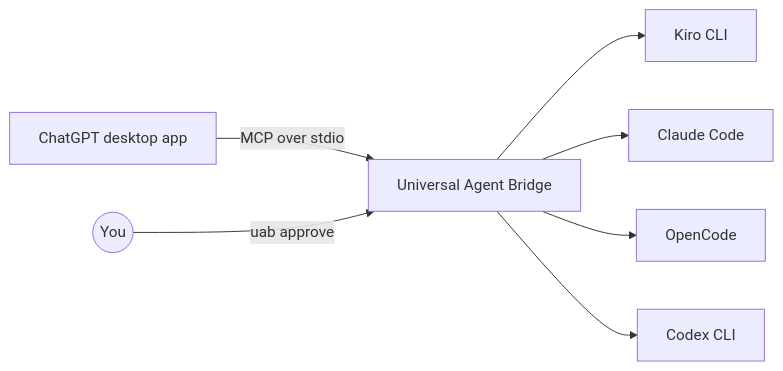
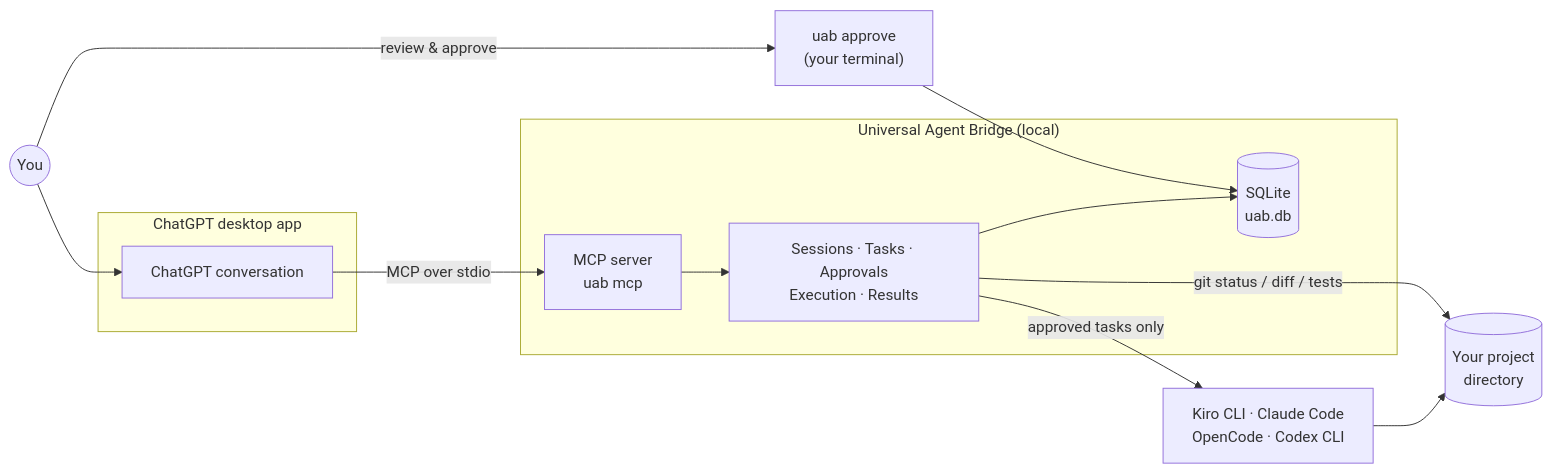
The diagram in README.md (muhamed-shahid/universal-agent-bridge), drawn with Mermaid before and after one commit. The commit also changed other lines of this file and 60 other files, not shown here.

Commit message:
feat: complete UAB 0.1.0 (phases 4-12): Kiro/Claude/OpenCode/Codex execution, approvals, execution manager, MCP server, hardening, docs

````diff
--- a/README.md
+++ b/README.md
@@ -61,6 +66,21 @@
 ```mermaid
 flowchart LR
-    ChatGPT[ChatGPT desktop app] -- MCP over stdio --> UAB[Universal Agent Bridge]
-    Human((You)) -- uab approve --> UAB
-    UAB --> Kiro[Kiro CLI] & Claude[Claude Code] & OpenCode & Codex[Codex CLI]
+    You((You))
+    subgraph Desktop["ChatGPT desktop app"]
+        Chat["ChatGPT conversation"]
+    end
+    subgraph UAB["Universal Agent Bridge (local)"]
+        MCP["MCP server<br/>uab mcp"]
+        Core["Sessions · Tasks · Approvals<br/>Execution · Results"]
+        DB[("SQLite<br/>uab.db")]
+    end
+    CLI["uab approve<br/>(your terminal)"]
+    Agents["Kiro CLI · Claude Code<br/>OpenCode · Codex CLI"]
+    Repo[("Your project<br/>directory")]
+
+    You --> Chat
+    Chat -- "MCP over stdio" --> MCP --> Core --> DB
+    You -- "review & approve" --> CLI --> DB
+    Core -- "approved tasks only" --> Agents --> Repo
+    Core -- "git status / diff / tests" --> Repo
 ```
````
